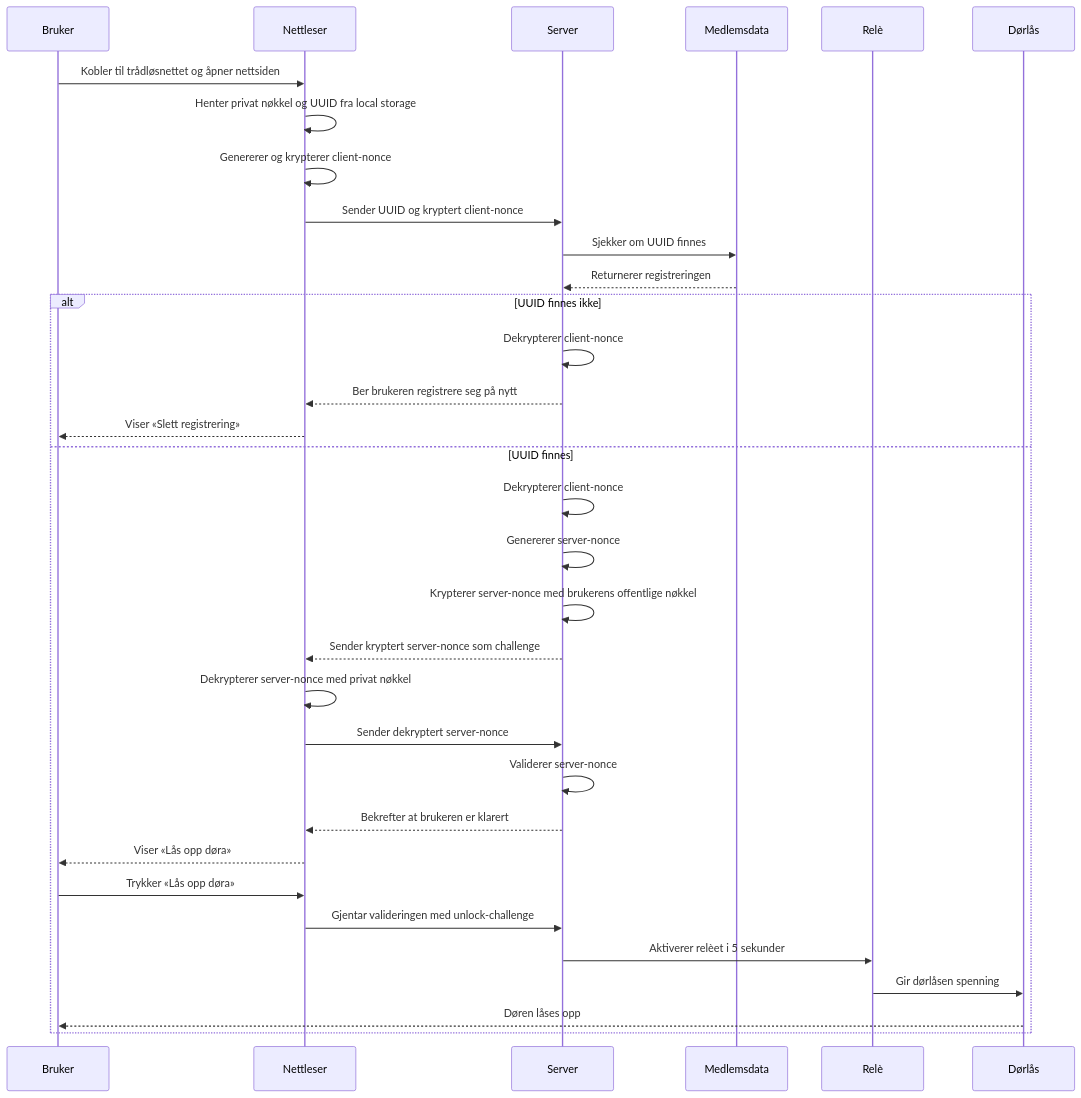
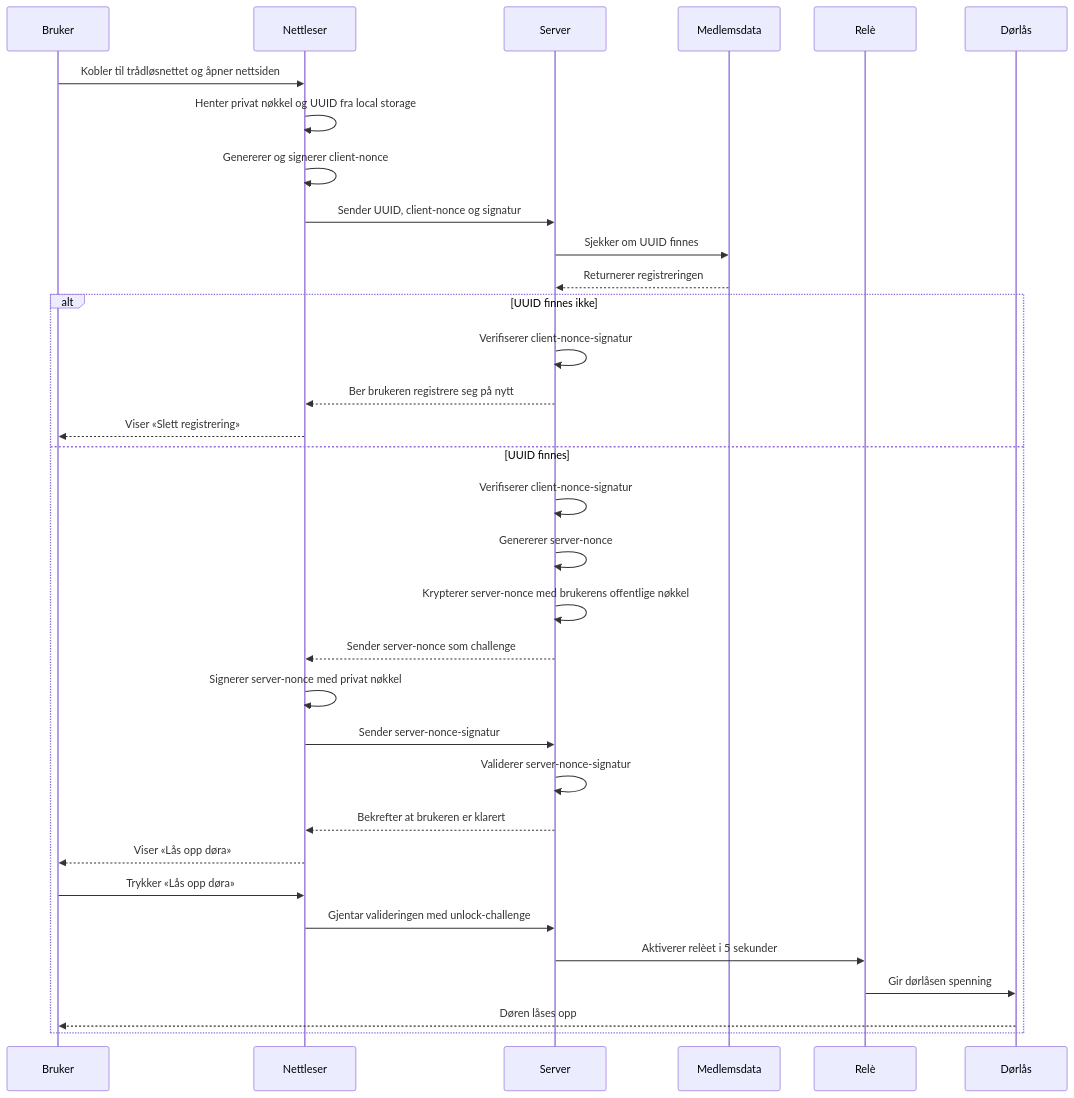
Before and after one commit to tplive/harstadmakers: the third of 3 diagrams in ttl/README.md, drawn with Mermaid. The commit also changed other lines of this file and 2 other files, not shown here.

````diff
--- a/ttl/README.md
+++ b/ttl/README.md
@@ -135,37 +134,37 @@
 ```mermaid
 sequenceDiagram
    participant Bruker
    participant Nettleser
    participant Server
    participant Medlemsdata
    participant Relè
    participant Dørlås
 
    Bruker->>Nettleser: Kobler til trådløsnettet og åpner nettsiden
    Nettleser->>Nettleser: Henter privat nøkkel og UUID fra local storage
-   Nettleser->>Nettleser: Genererer og krypterer client-nonce
-   Nettleser->>Server: Sender UUID og kryptert client-nonce
+   Nettleser->>Nettleser: Genererer og signerer client-nonce
+   Nettleser->>Server: Sender UUID, client-nonce og signatur
    Server->>Medlemsdata: Sjekker om UUID finnes
    Medlemsdata-->>Server: Returnerer registreringen
 
    alt UUID finnes ikke
-      Server->>Server: Dekrypterer client-nonce
+      Server->>Server: Verifiserer client-nonce-signatur
       Server-->>Nettleser: Ber brukeren registrere seg på nytt
       Nettleser-->>Bruker: Viser «Slett registrering»
    else UUID finnes
-      Server->>Server: Dekrypterer client-nonce
+      Server->>Server: Verifiserer client-nonce-signatur
       Server->>Server: Genererer server-nonce
       Server->>Server: Krypterer server-nonce med brukerens offentlige nøkkel
-      Server-->>Nettleser: Sender kryptert server-nonce som challenge
-      Nettleser->>Nettleser: Dekrypterer server-nonce med privat nøkkel
-      Nettleser->>Server: Sender dekryptert server-nonce
-      Server->>Server: Validerer server-nonce
+      Server-->>Nettleser: Sender server-nonce som challenge
+      Nettleser->>Nettleser: Signerer server-nonce med privat nøkkel
+      Nettleser->>Server: Sender server-nonce-signatur
+      Server->>Server: Validerer server-nonce-signatur
       Server-->>Nettleser: Bekrefter at brukeren er klarert
       Nettleser-->>Bruker: Viser «Lås opp døra»
       Bruker->>Nettleser: Trykker «Lås opp døra»
       Nettleser->>Server: Gjentar valideringen med unlock-challenge
       Server->>Relè: Aktiverer relèet i 5 sekunder
       Relè->>Dørlås: Gir dørlåsen spenning
       Dørlås-->>Bruker: Døren låses opp
    end
 ```
````
